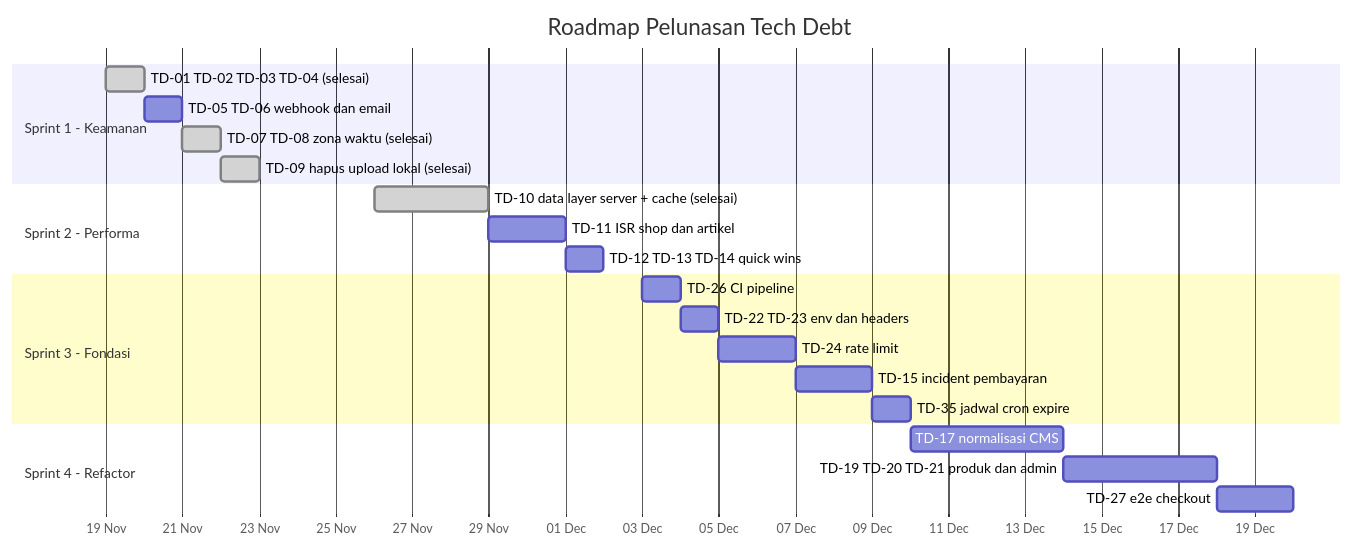
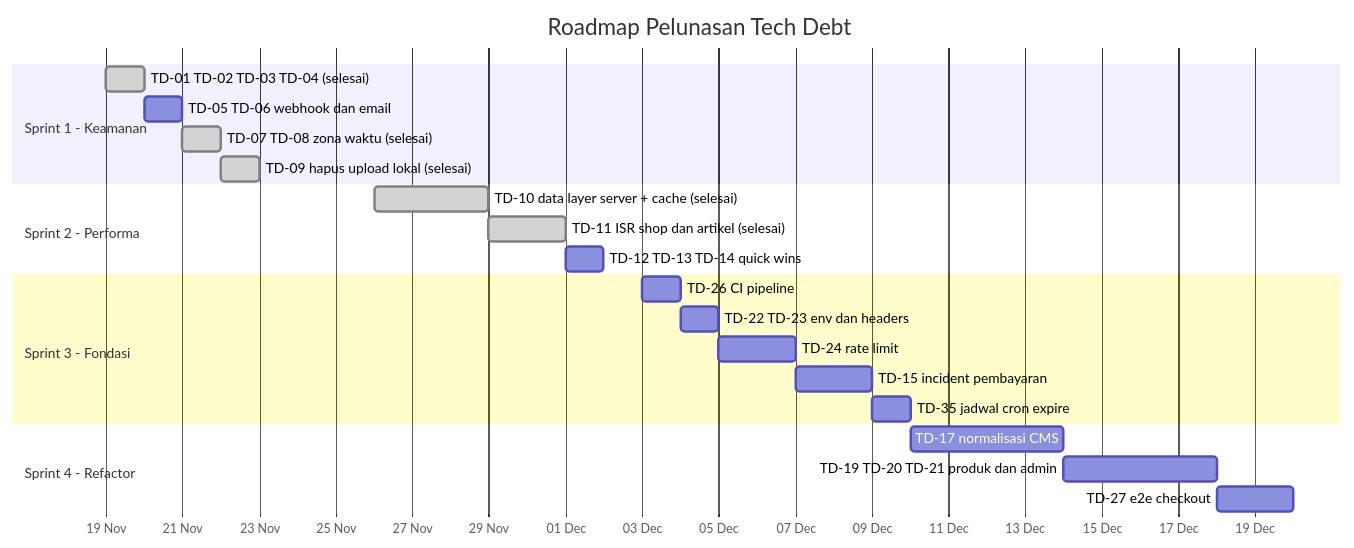
Before and after one commit to imamnura/zari-madu: the diagram in docs/engineering/TECH-DEBT.md, drawn with Mermaid. The commit also changed other lines of this file and 17 other files, not shown here.

First line of the commit message:
perf(shop,articles): listing produk dirender di server, artikel jadi ISR (TD-11)

````diff
--- a/docs/engineering/TECH-DEBT.md
+++ b/docs/engineering/TECH-DEBT.md
@@ -77,25 +77,25 @@
 ```mermaid
 gantt
     title Roadmap Pelunasan Tech Debt
     dateFormat YYYY-MM-DD
     axisFormat %d %b
     section Sprint 1 - Keamanan
     TD-01 TD-02 TD-03 TD-04 (selesai) :done, s1a, 2026-11-19, 1d
     TD-05 TD-06 webhook dan email   :s1c, 2026-11-20, 1d
     TD-07 TD-08 zona waktu (selesai) :done, s1d, after s1c, 1d
     TD-09 hapus upload lokal (selesai) :done, s1e, after s1d, 1d
     section Sprint 2 - Performa
     TD-10 data layer server + cache (selesai) :done, s2a, 2026-11-26, 3d
-    TD-11 ISR shop dan artikel      :s2b, after s2a, 2d
+    TD-11 ISR shop dan artikel (selesai) :done, s2b, after s2a, 2d
     TD-12 TD-13 TD-14 quick wins    :s2c, after s2b, 1d
     section Sprint 3 - Fondasi
     TD-26 CI pipeline               :s3a, 2026-12-03, 1d
     TD-22 TD-23 env dan headers     :s3b, after s3a, 1d
     TD-24 rate limit                :s3c, after s3b, 2d
     TD-15 incident pembayaran       :s3d, after s3c, 2d
     TD-35 jadwal cron expire        :s3e, after s3d, 1d
     section Sprint 4 - Refactor
     TD-17 normalisasi CMS           :s4a, 2026-12-10, 4d
     TD-19 TD-20 TD-21 produk dan admin :s4b, after s4a, 4d
     TD-27 e2e checkout              :s4c, after s4b, 2d
 ```
````
